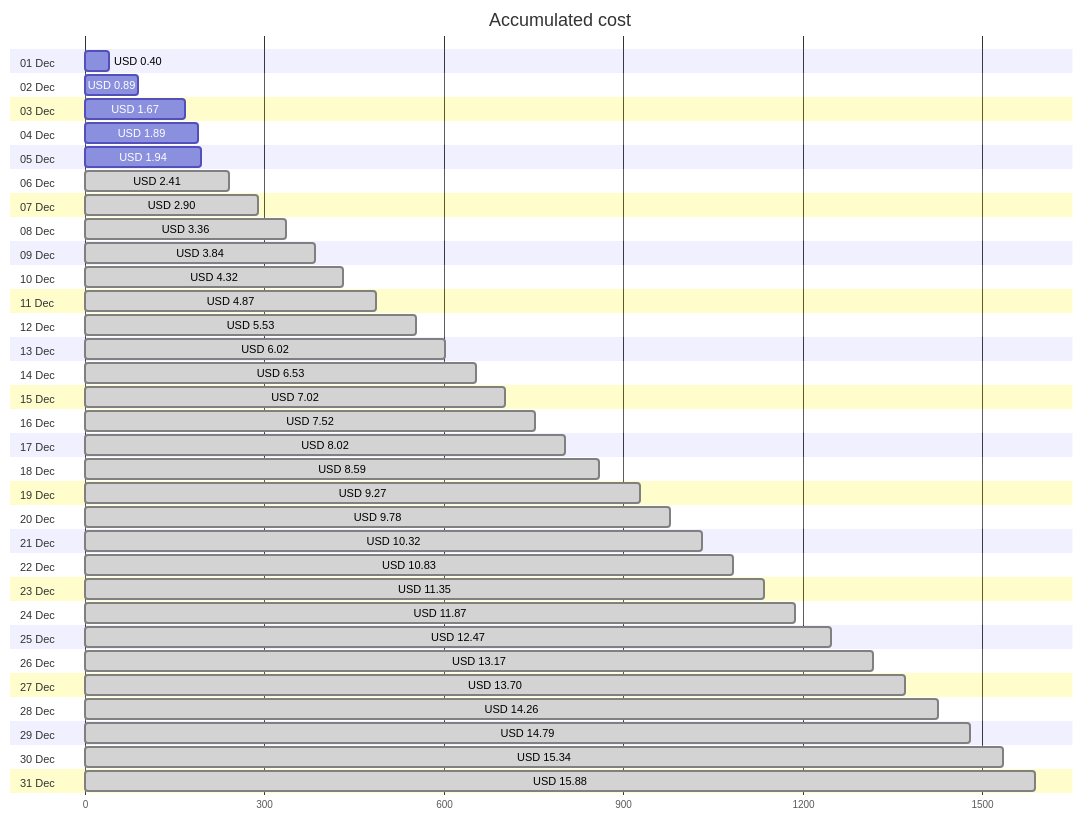
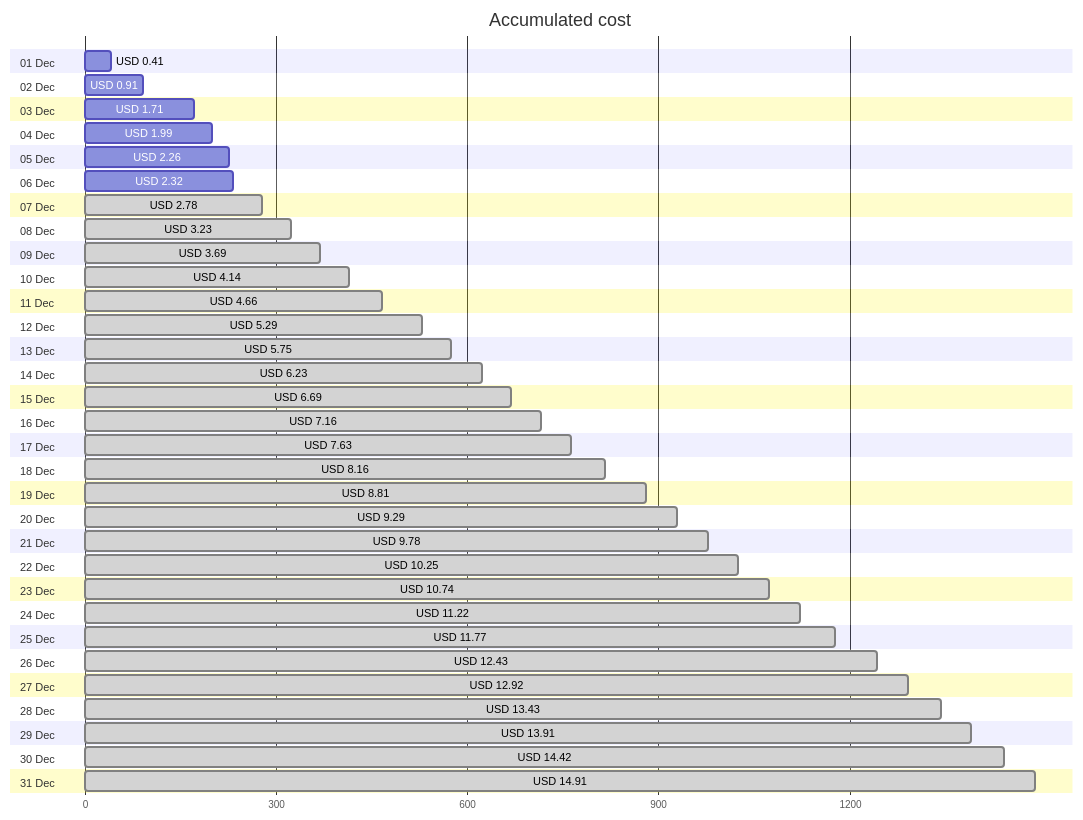
One commit to jpfulton/azure-personal-reports changed the first of 4 diagrams in cost-reports/personal-network/vpn-server.md. Above: the diagram before and after it, drawn with Mermaid. The commit also changed other lines of this file and 8 other files, not shown here.

````diff
--- a/cost-reports/personal-network/vpn-server.md
+++ b/cost-reports/personal-network/vpn-server.md
@@ -20,68 +20,68 @@
 ```mermaid
 gantt
    title Accumulated cost
    dateFormat  X
    axisFormat %s
    section 01 Dec
-   USD 0.40 :0, 40
+   USD 0.41 :0, 41
    section 02 Dec
-   USD 0.89 :0, 89
+   USD 0.91 :0, 91
    section 03 Dec
-   USD 1.67 :0, 167
+   USD 1.71 :0, 171
    section 04 Dec
-   USD 1.89 :0, 189
+   USD 1.99 :0, 199
    section 05 Dec
-   USD 1.94 :0, 194
+   USD 2.26 :0, 226
    section 06 Dec
-   USD 2.41 : done, 0, 241
+   USD 2.32 :0, 232
    section 07 Dec
-   USD 2.90 : done, 0, 290
+   USD 2.78 : done, 0, 278
    section 08 Dec
-   USD 3.36 : done, 0, 336
+   USD 3.23 : done, 0, 323
    section 09 Dec
-   USD 3.84 : done, 0, 384
+   USD 3.69 : done, 0, 369
    section 10 Dec
-   USD 4.32 : done, 0, 432
+   USD 4.14 : done, 0, 414
    section 11 Dec
-   USD 4.87 : done, 0, 487
+   USD 4.66 : done, 0, 466
    section 12 Dec
-   USD 5.53 : done, 0, 553
+   USD 5.29 : done, 0, 529
    section 13 Dec
-   USD 6.02 : done, 0, 602
+   USD 5.75 : done, 0, 575
    section 14 Dec
-   USD 6.53 : done, 0, 653
+   USD 6.23 : done, 0, 623
    section 15 Dec
-   USD 7.02 : done, 0, 702
+   USD 6.69 : done, 0, 669
    section 16 Dec
-   USD 7.52 : done, 0, 752
+   USD 7.16 : done, 0, 716
    section 17 Dec
-   USD 8.02 : done, 0, 802
+   USD 7.63 : done, 0, 763
    section 18 Dec
-   USD 8.59 : done, 0, 859
+   USD 8.16 : done, 0, 816
    section 19 Dec
-   USD 9.27 : done, 0, 927
+   USD 8.81 : done, 0, 881
    section 20 Dec
+   USD 9.29 : done, 0, 929
+   section 21 Dec
    USD 9.78 : done, 0, 978
-   section 21 Dec
-   USD 10.32 : done, 0, 1032
    section 22 Dec
-   USD 10.83 : done, 0, 1083
+   USD 10.25 : done, 0, 1025
    section 23 Dec
-   USD 11.35 : done, 0, 1135
+   USD 10.74 : done, 0, 1074
    section 24 Dec
-   USD 11.87 : done, 0, 1187
+   USD 11.22 : done, 0, 1122
    section 25 Dec
-   USD 12.47 : done, 0, 1247
+   USD 11.77 : done, 0, 1177
    section 26 Dec
-   USD 13.17 : done, 0, 1317
+   USD 12.43 : done, 0, 1243
    section 27 Dec
-   USD 13.70 : done, 0, 1370
+   USD 12.92 : done, 0, 1292
    section 28 Dec
-   USD 14.26 : done, 0, 1426
+   USD 13.43 : done, 0, 1343
    section 29 Dec
-   USD 14.79 : done, 0, 1479
+   USD 13.91 : done, 0, 1391
    section 30 Dec
-   USD 15.34 : done, 0, 1534
+   USD 14.42 : done, 0, 1442
    section 31 Dec
-   USD 15.88 : done, 0, 1588
+   USD 14.91 : done, 0, 1491
 ```
````
